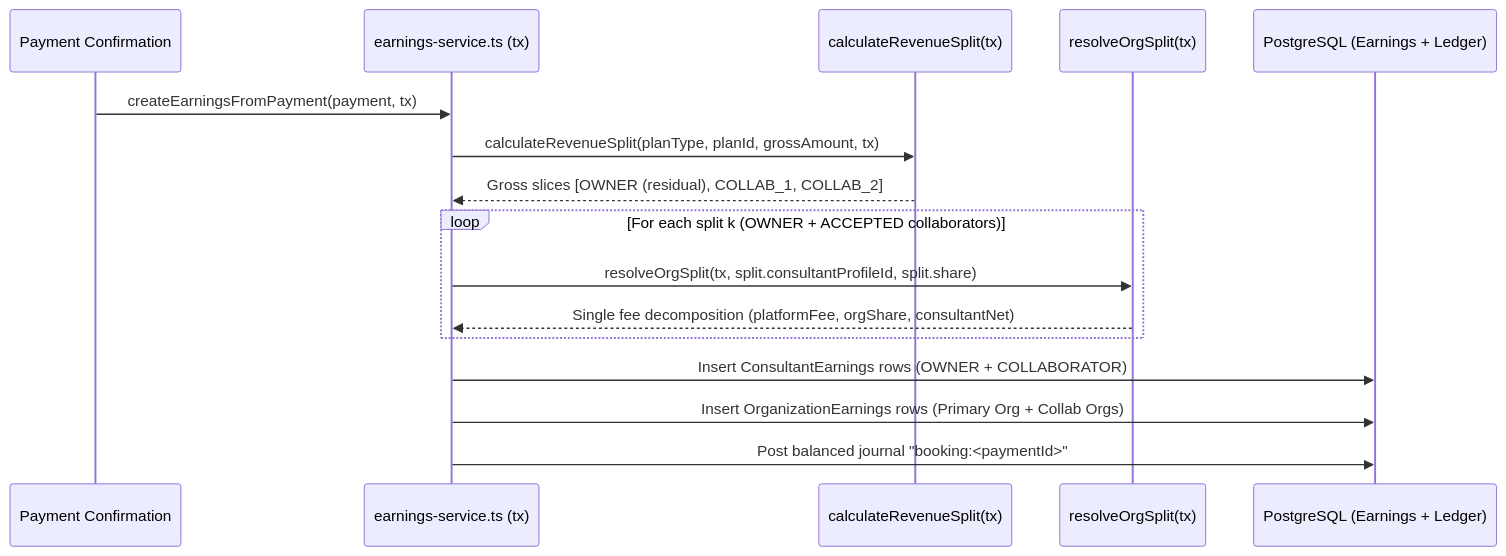
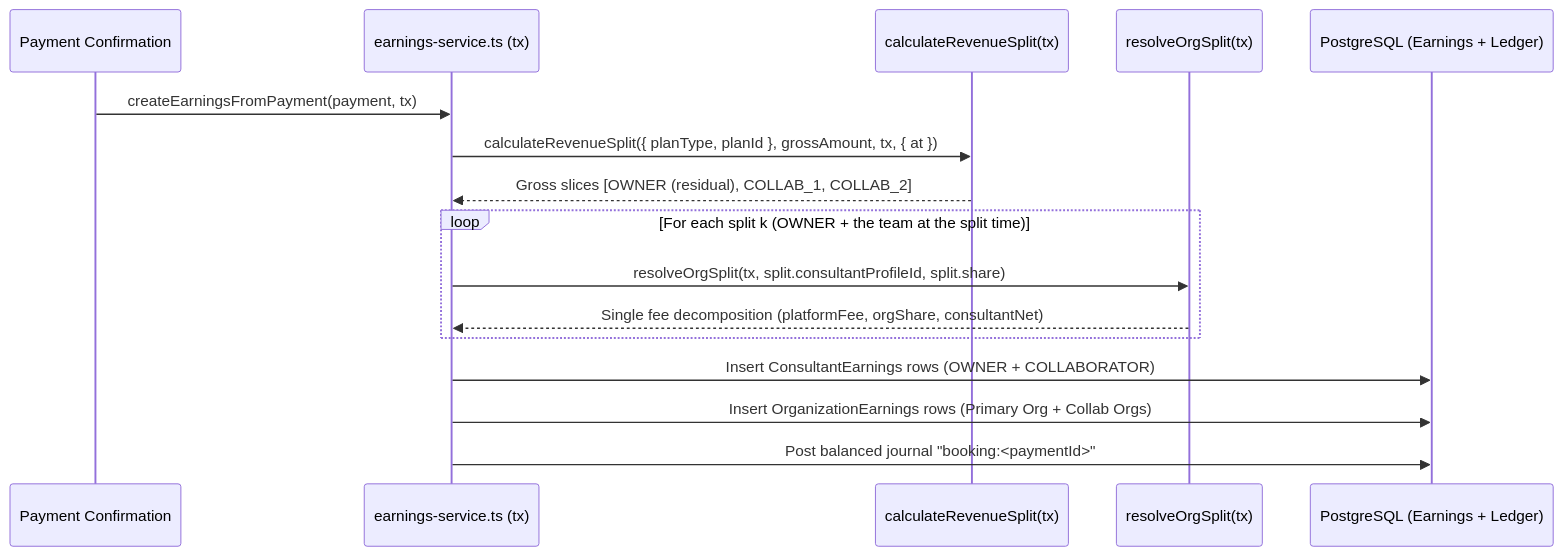
The diagram in docs/collaborators/03-revenue-sharing.md (Practitionist/familiarise_web), drawn with Mermaid before and after one commit. The commit also changed other lines of this file and 19 other files, not shown here.

First line of the commit message:
fix(payments): a seat is split among the team as of its capture, and a replay as of its session

````diff
--- a/docs/collaborators/03-revenue-sharing.md
+++ b/docs/collaborators/03-revenue-sharing.md
@@ -25,19 +25,19 @@
 ```mermaid
 sequenceDiagram
     participant WH as Payment Confirmation
     participant ES as earnings-service.ts (tx)
     participant CS as calculateRevenueSplit(tx)
     participant RC as resolveOrgSplit(tx)
     participant DB as PostgreSQL (Earnings + Ledger)
 
     WH->>ES: createEarningsFromPayment(payment, tx)
-    ES->>CS: calculateRevenueSplit(planType, planId, grossAmount, tx)
+    ES->>CS: calculateRevenueSplit({ planType, planId }, grossAmount, tx, { at })
     CS-->>ES: Gross slices [OWNER (residual), COLLAB_1, COLLAB_2]
-    loop For each split k (OWNER + ACCEPTED collaborators)
+    loop For each split k (OWNER + the team at the split time)
         ES->>RC: resolveOrgSplit(tx, split.consultantProfileId, split.share)
         RC-->>ES: Single fee decomposition (platformFee, orgShare, consultantNet)
     end
     ES->>DB: Insert ConsultantEarnings rows (OWNER + COLLABORATOR)
     ES->>DB: Insert OrganizationEarnings rows (Primary Org + Collab Orgs)
     ES->>DB: Post balanced journal "booking:<paymentId>"
 ```
````
